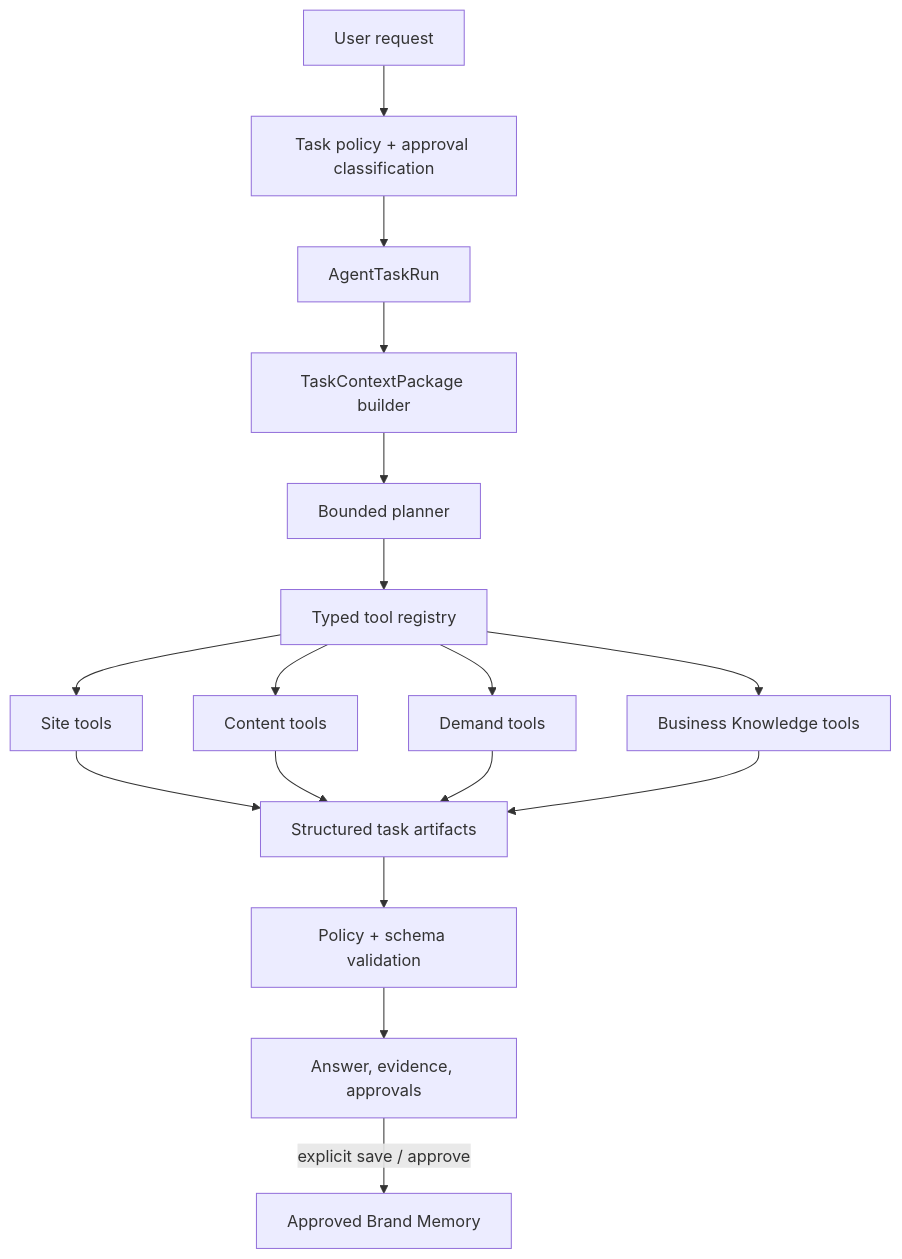
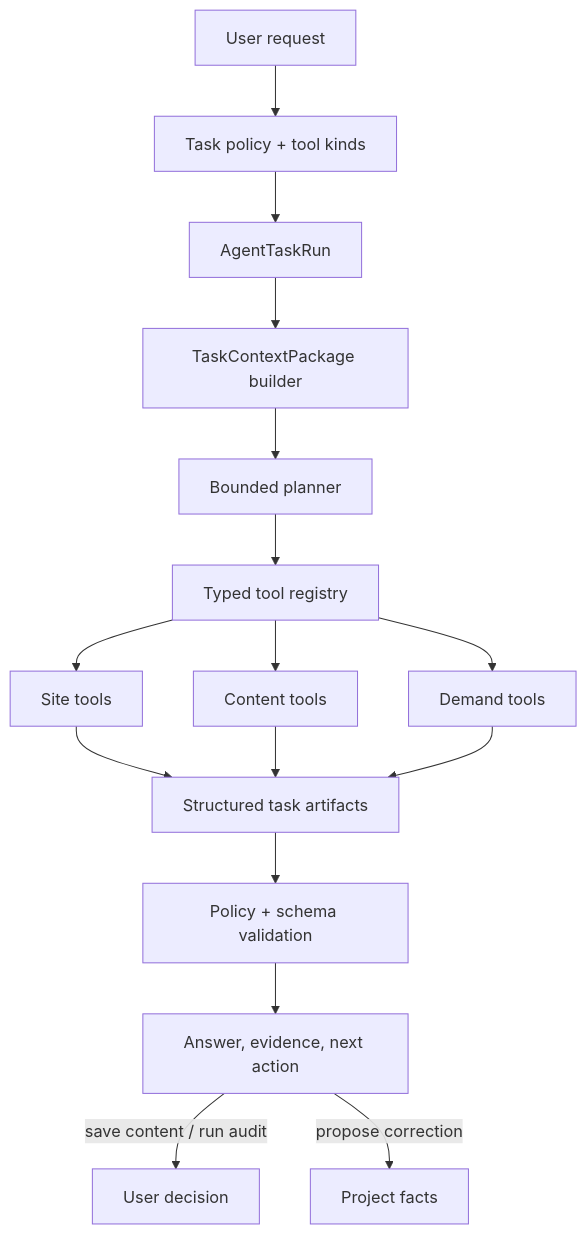
The diagram in docs/plans/growth-agent.md (Cube-27/Citeladder), drawn with Mermaid before and after one commit. The commit also changed other lines of this file and 49 other files, not shown here.

First line of the commit message:
docs: simplify architecture to four layers and two user decisions

````diff
--- a/docs/plans/growth-agent.md
+++ b/docs/plans/growth-agent.md
@@ -50,19 +51,18 @@
 ```mermaid
 flowchart TB
-  Request["User request"] --> Policy["Task policy + approval classification"]
+  Request["User request"] --> Policy["Task policy + tool kinds"]
   Policy --> Run["AgentTaskRun"]
   Run --> Context["TaskContextPackage builder"]
   Context --> Planner["Bounded planner"]
   Planner --> Tools["Typed tool registry"]
   Tools --> Site["Site tools"]
   Tools --> Content["Content tools"]
   Tools --> Demand["Demand tools"]
-  Tools --> Project["Business Knowledge tools"]
   Site --> Result["Structured task artifacts"]
   Content --> Result
   Demand --> Result
-  Project --> Result
   Result --> Validate["Policy + schema validation"]
-  Validate --> Present["Answer, evidence, approvals"]
-  Present -->|explicit save / approve| Memory["Approved Brand Memory"]
+  Validate --> Present["Answer, evidence, next action"]
+  Present -->|save content / run audit| Decision["User decision"]
+  Present -->|propose correction| Facts["Project facts"]
 ```
````
